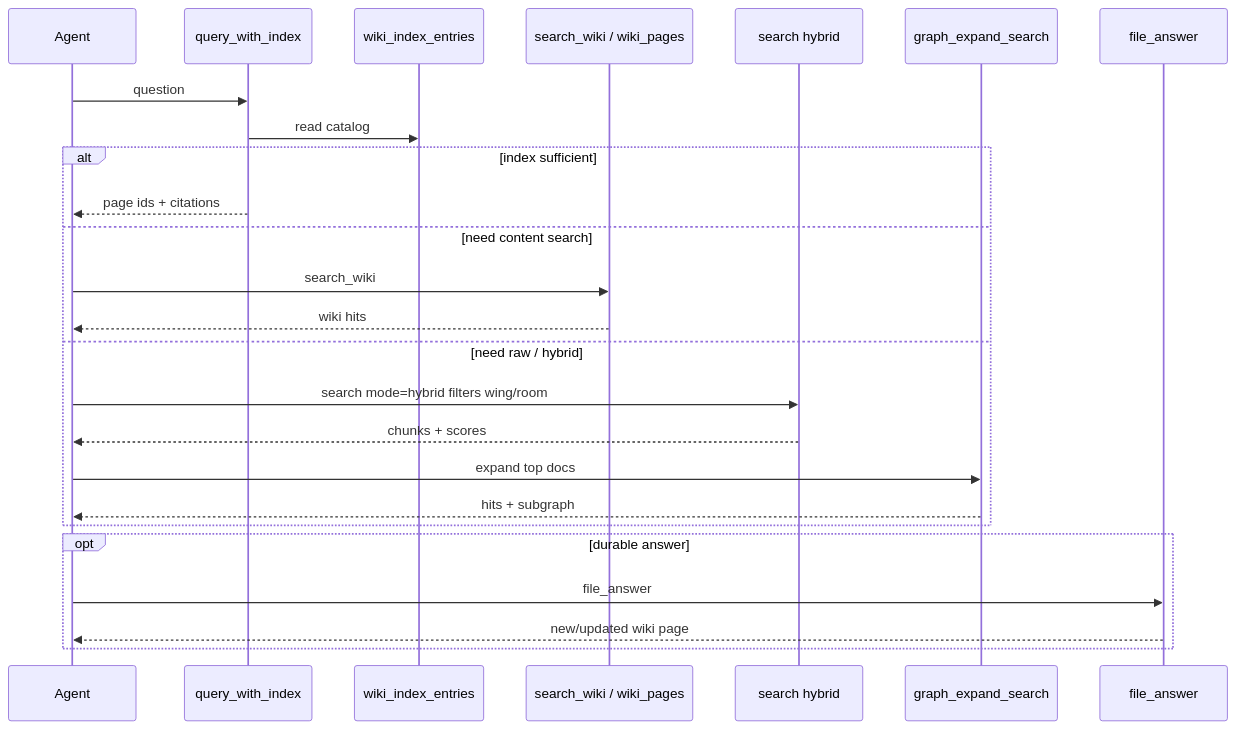
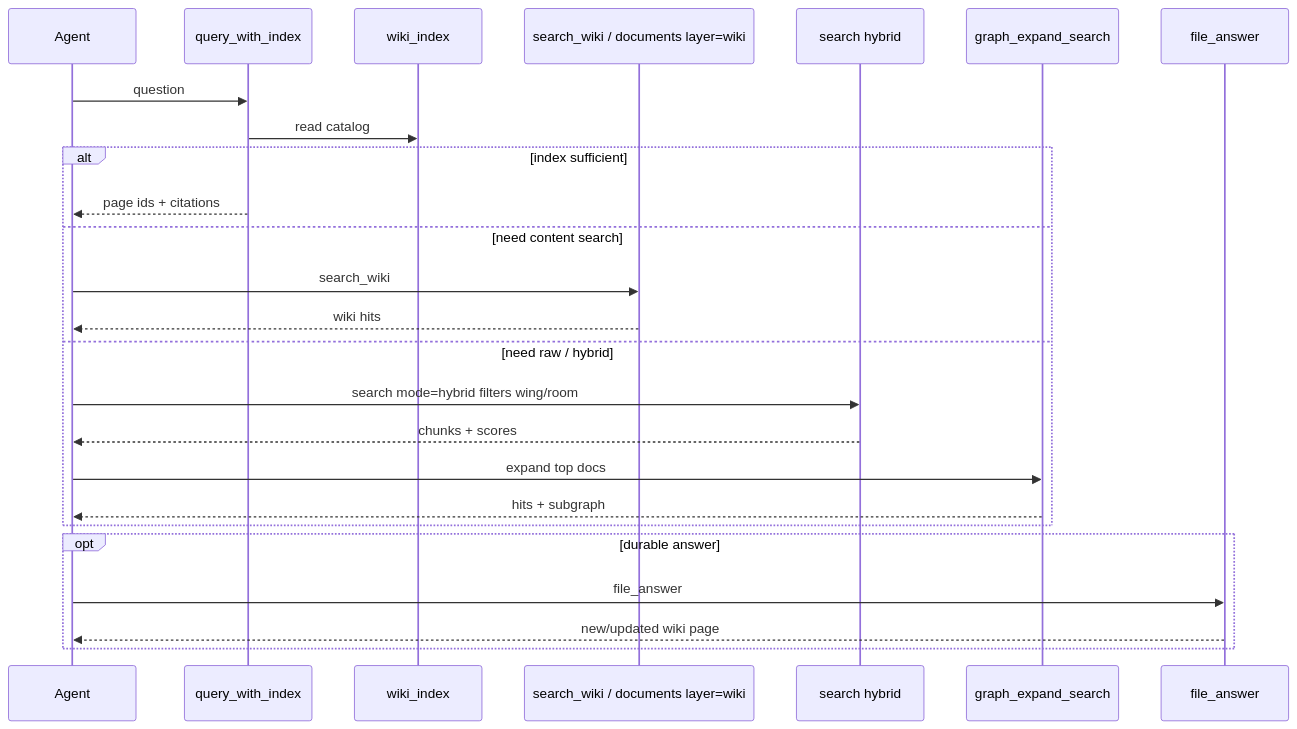
One commit to themoretheless/rag changed the second of 2 diagrams in docs/ARCHITECTURE_NOTES.md. Above: the diagram before and after it, drawn with Mermaid. The commit also changed other lines of this file and 12 other files, not shown here.

Commit message:
docs: make shipped RAG roadmap canonical

````diff
--- a/docs/ARCHITECTURE_NOTES.md
+++ b/docs/ARCHITECTURE_NOTES.md
@@ -381,28 +386,28 @@
 ```mermaid
 sequenceDiagram
   participant A as Agent
   participant Q as query_with_index
-  participant I as wiki_index_entries
-  participant W as search_wiki / wiki_pages
+  participant I as wiki_index
+  participant W as search_wiki / documents layer=wiki
   participant S as search hybrid
   participant G as graph_expand_search
   participant F as file_answer
 
   A->>Q: question
   Q->>I: read catalog
   alt index sufficient
     Q-->>A: page ids + citations
   else need content search
     A->>W: search_wiki
     W-->>A: wiki hits
   else need raw / hybrid
     A->>S: search mode=hybrid filters wing/room
     S-->>A: chunks + scores
     A->>G: expand top docs
     G-->>A: hits + subgraph
   end
   opt durable answer
     A->>F: file_answer
     F-->>A: new/updated wiki page
   end
 ```
````
